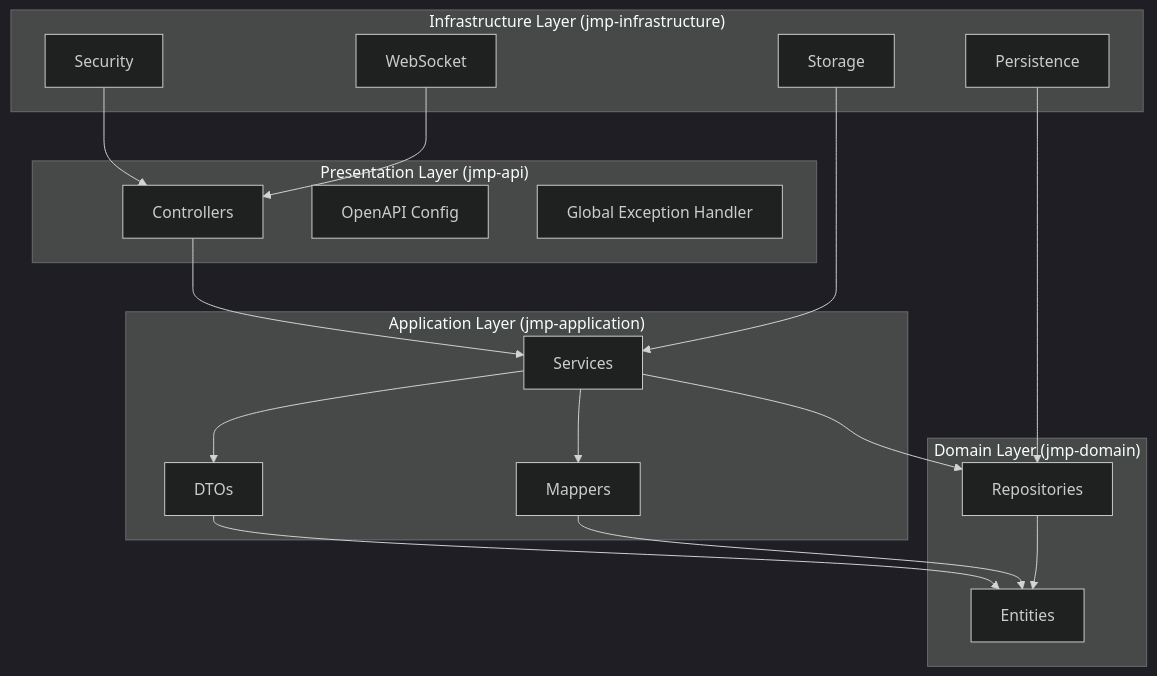
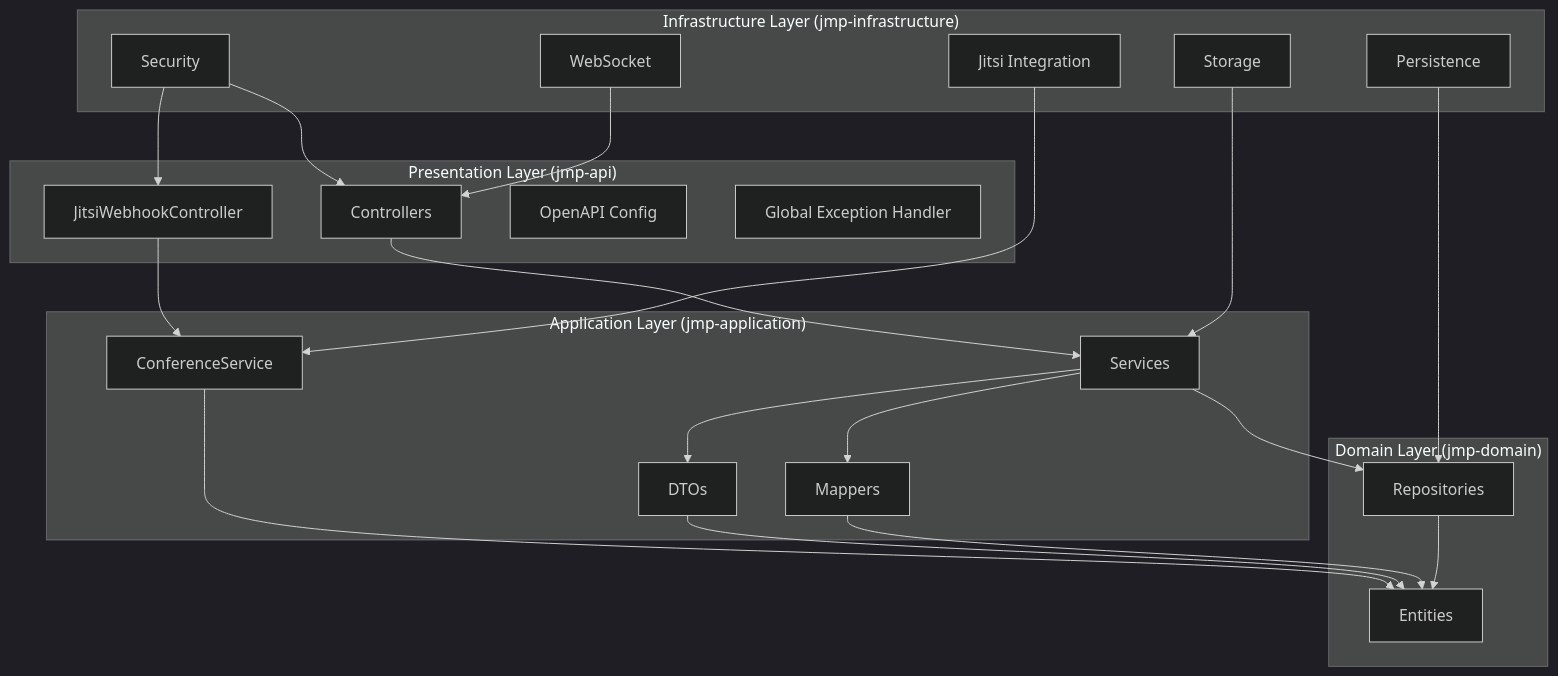
Before and after one commit to Vostrikov2014/vks-qoder: the second of 12 diagrams in .qoder/repowiki/en/content/Project Overview/Architecture Overview.md, drawn with Mermaid (dark theme). The commit also changed other lines of this file and 9 other files, not shown here.

````diff
--- a/.qoder/repowiki/en/content/Project Overview/Architecture Overview.md
+++ b/.qoder/repowiki/en/content/Project Overview/Architecture Overview.md
@@ -133,34 +162,41 @@
 ```mermaid
 graph TB
 subgraph "Presentation Layer (jmp-api)"
 C["Controllers"]
+JW["JitsiWebhookController"]
 O["OpenAPI Config"]
 E["Global Exception Handler"]
 end
 subgraph "Application Layer (jmp-application)"
 S["Services"]
+CS["ConferenceService"]
 D["DTOs"]
 M["Mappers"]
 end
 subgraph "Domain Layer (jmp-domain)"
 ENT["Entities"]
 REP["Repositories"]
 end
 subgraph "Infrastructure Layer (jmp-infrastructure)"
 SEC["Security"]
 PERSIST["Persistence"]
 WS["WebSocket"]
 ST["Storage"]
+JI["Jitsi Integration"]
 end
 C --> S
+JW --> CS
 S --> D
 S --> M
 S --> REP
+CS --> ENT
 D --> ENT
 M --> ENT
 SEC --> C
+SEC --> JW
 WS --> C
 ST --> S
+JI --> CS
 PERSIST --> REP
 REP --> ENT
 ```
````
